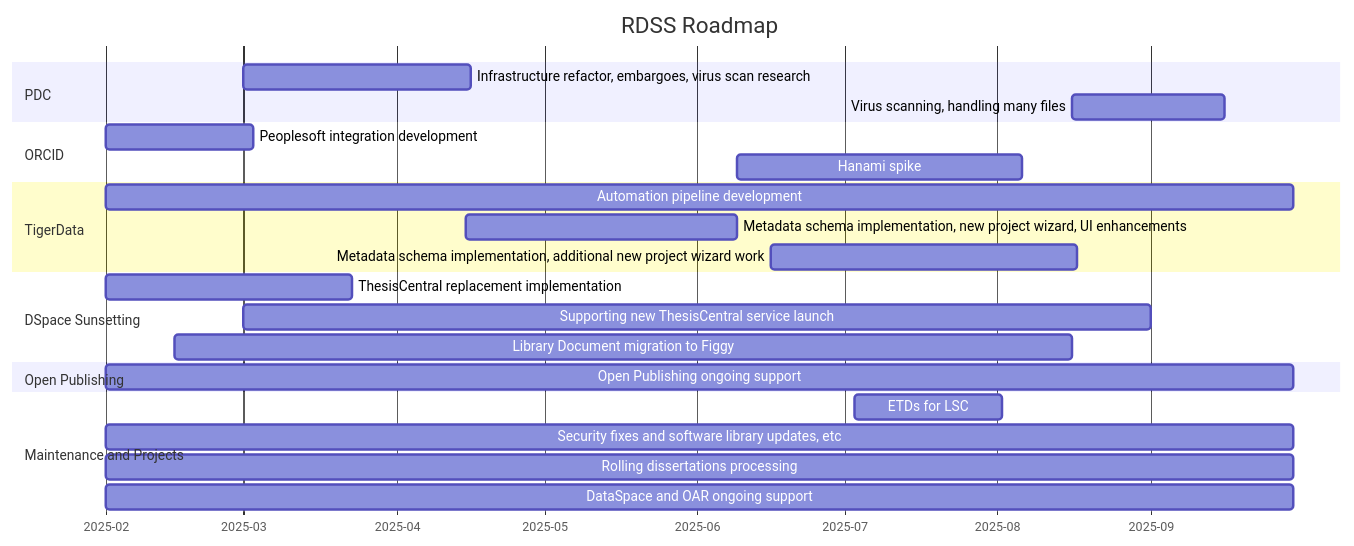
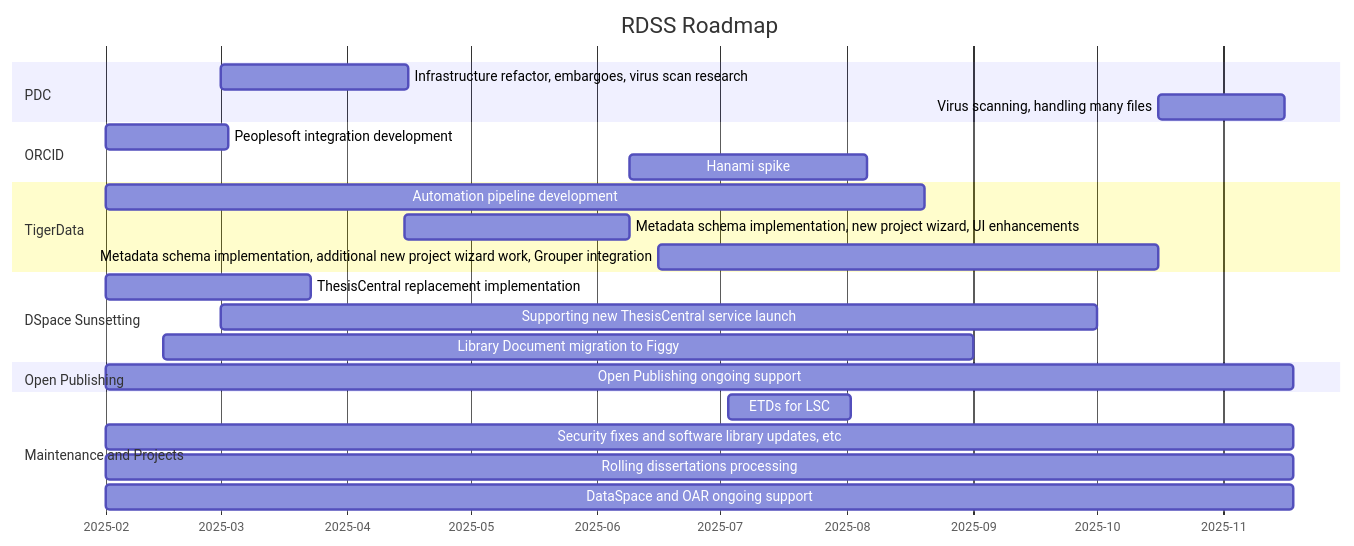
The diagram in roadmap.md (pulibrary/rdss-handbook), drawn with Mermaid before and after one commit.

Commit message:
Updated roadmap

````diff
--- a/roadmap.md
+++ b/roadmap.md
@@ -5,27 +5,27 @@
 ```mermaid
 gantt
     title RDSS Roadmap
     axisFormat  %Y-%m
     dateformat YYYY-MM
     section PDC
     Infrastructure refactor, embargoes, virus scan research: pd3, 2025-03-01, 46d
-    Virus scanning, handling many files: pd5, 2025-08-16, 31d
+    Virus scanning, handling many files: pd5, 2025-10-16, 31d
     section ORCID
     Peoplesoft integration development: or1,2025-02-01,30d
     Hanami spike: 2025-06-09, 58d
     section TigerData
-    Automation pipeline development: td3,2025-02-01,241d 
+    Automation pipeline development: td3,2025-02-01,200d 
     Metadata schema implementation, new project wizard, UI enhancements: td4, 2025-04-15,55d
-    Metadata schema implementation, additional new project wizard work: td5, 2025-06-16,62d
+    Metadata schema implementation, additional new project wizard work, Grouper integration: td5, 2025-06-16,122d
     section DSpace Sunsetting
     ThesisCentral replacement implementation: dsps1,2025-02-01,50d
-    Supporting new ThesisCentral service launch: dsps2,2025-03-01,184d
-    Library Document migration to Figgy: dsps3,2025-02-15,182d
+    Supporting new ThesisCentral service launch: dsps2,2025-03-01,214d
+    Library Document migration to Figgy: dsps3,2025-02-15,198d
     section Open Publishing
-    Open Publishing ongoing support: dsp3,2025-02-01,241d
+    Open Publishing ongoing support: dsp3,2025-02-01,290d
     section Maintenance and Projects
     ETDs for LSC: 2025-07-03,30d
-    Security fixes and software library updates, etc: dsp1,2025-02-01,241d
-    Rolling dissertations processing: dsp2,2025-02-01,241d
-    DataSpace and OAR ongoing support: dsp3,2025-02-01,241d
+    Security fixes and software library updates, etc: dsp1,2025-02-01,290d
+    Rolling dissertations processing: dsp2,2025-02-01,290d
+    DataSpace and OAR ongoing support: dsp3,2025-02-01,290d
 ```
````
